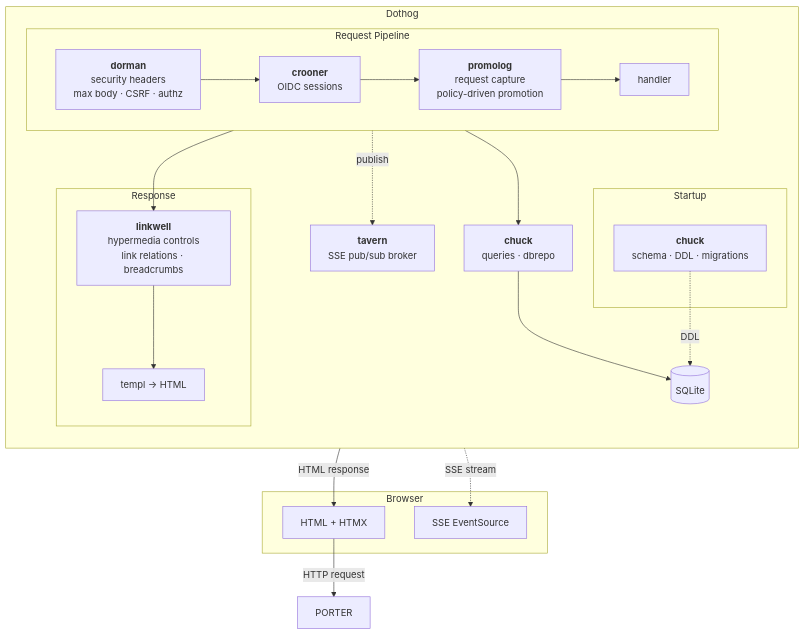
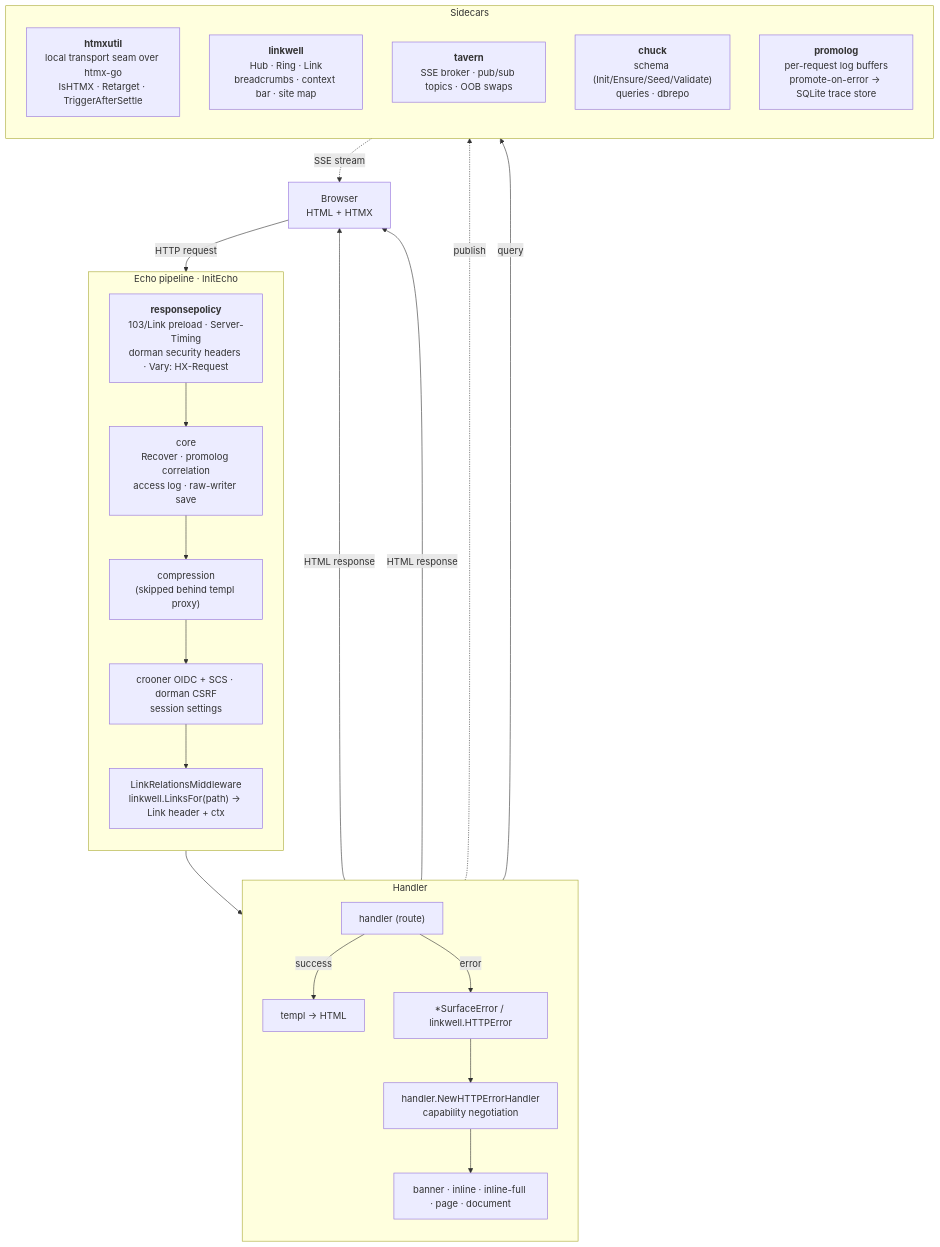
One commit to catgoose/dothog changed the diagram in README.md. Above: the diagram before and after it, drawn with Mermaid. The commit also changed other lines of this file and 330 other files, not shown here.

````diff
--- a/README.md
+++ b/README.md
@@ -96,41 +98,42 @@
 ```mermaid
 graph TB
-    subgraph browser ["Browser"]
-        HTML["HTML + HTMX"]
-        SSE["SSE EventSource"]
+    Browser["Browser<br/>HTML + HTMX"]
+
+    subgraph pipeline ["Echo pipeline · InitEcho"]
+        direction TB
+        RP["<b>responsepolicy</b><br/>103/Link preload · Server-Timing<br/>dorman security headers · Vary: HX-Request"]
+        CORE["core<br/>Recover · promolog correlation<br/>access log · raw-writer save"]
+        COMP["compression<br/>(skipped behind templ proxy)"]
+        AUTH["crooner OIDC + SCS · dorman CSRF<br/>session settings"]
+        LINKS["LinkRelationsMiddleware<br/>linkwell.LinksFor(path) → Link header + ctx"]
+        RP --> CORE --> COMP --> AUTH --> LINKS
     end
 
-    subgraph dothog ["Dothog"]
+    subgraph handle ["Handler"]
         direction TB
-
-        subgraph startup ["Startup"]
-            CHUCK_DDL["<b>chuck</b><br/>schema · DDL · migrations"]
-        end
-
-        subgraph pipeline ["Request Pipeline"]
-            direction LR
-            DORMAN["<b>dorman</b><br/>security headers<br/>max body · CSRF · authz"]
-            CROONER["<b>crooner</b><br/>OIDC sessions"]
-            PROMOLOG["<b>promolog</b><br/>request capture<br/>policy-driven promotion"]
-            HANDLER["handler"]
-            DORMAN --> CROONER --> PROMOLOG --> HANDLER
-        end
-
-        subgraph response ["Response"]
-            LINKWELL["<b>linkwell</b><br/>hypermedia controls<br/>link relations · breadcrumbs"]
-            TEMPL["templ → HTML"]
-        end
-
-        TAVERN["<b>tavern</b><br/>SSE pub/sub broker"]
-        CHUCK_Q["<b>chuck</b><br/>queries · dbrepo"]
-        SQLITE[("SQLite")]
+        HDL["handler (route)"]
+        TEMPL["templ → HTML"]
+        SE["*SurfaceError / linkwell.HTTPError"]
+        EH["handler.NewHTTPErrorHandler<br/>capability negotiation"]
+        SURF["banner · inline · inline-full · page · document"]
+        HDL -- success --> TEMPL
+        HDL -- error --> SE --> EH --> SURF
     end
 
-    HTML -- "HTTP request" --> PORTER
-    HANDLER --> CHUCK_Q --> SQLITE
-    HANDLER --> LINKWELL --> TEMPL
-    TEMPL -- "HTML response" --> HTML
-    HANDLER -. "publish" .-> TAVERN
-    TAVERN -. "SSE stream" .-> SSE
-    CHUCK_DDL -. "DDL" .-> SQLITE
+    subgraph sidecars ["Sidecars"]
+        direction TB
+        HTMXUTIL["<b>htmxutil</b><br/>local transport seam over htmx-go<br/>IsHTMX · Retarget · TriggerAfterSettle"]
+        LINKWELL["<b>linkwell</b><br/>Hub · Ring · Link<br/>breadcrumbs · context bar · site map"]
+        TAVERN["<b>tavern</b><br/>SSE broker · pub/sub topics · OOB swaps"]
+        CHUCK["<b>chuck</b><br/>schema (Init/Ensure/Seed/Validate)<br/>queries · dbrepo"]
+        PROMOLOG["<b>promolog</b><br/>per-request log buffers<br/>promote-on-error → SQLite trace store"]
+    end
+
+    Browser -- "HTTP request" --> RP
+    LINKS --> HDL
+    TEMPL -- "HTML response" --> Browser
+    SURF -- "HTML response" --> Browser
+    HDL -. "publish" .-> TAVERN
+    TAVERN -. "SSE stream" .-> Browser
+    HDL -- "query" --> CHUCK
 ```
````
